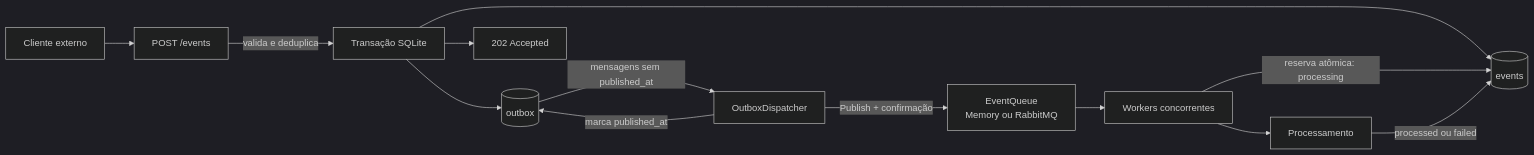
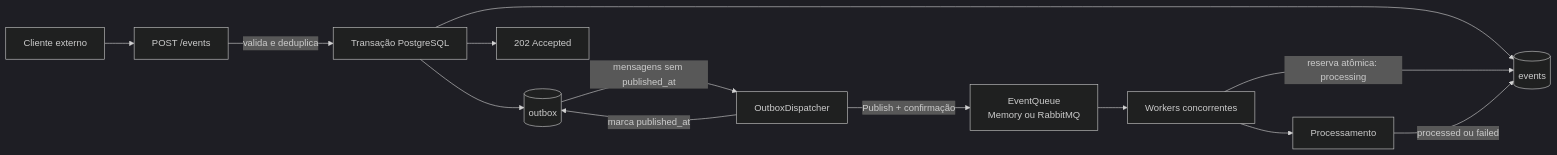
The first of 3 diagrams in docs/architecture.md (rafamguedes/go-webhook-processor), drawn with Mermaid (dark theme) before and after one commit. The commit also changed other lines of this file and 12 other files, not shown here.

First line of the commit message:
feat: migrate from SQLite to PostgreSQL for event storage

````diff
--- a/docs/architecture.md
+++ b/docs/architecture.md
@@ -7,26 +7,26 @@
 ```mermaid
 flowchart LR
     client[Cliente externo]
     handler[POST /events]
-    transaction[Transação SQLite]
+    transaction[Transação PostgreSQL]
     events[(events)]
     outbox[(outbox)]
     accepted[202 Accepted]
     dispatcher[OutboxDispatcher]
     queue[EventQueue<br/>Memory ou RabbitMQ]
     workers[Workers concorrentes]
     processor[Processamento]
 
     client --> handler
     handler -->|valida e deduplica| transaction
     transaction --> events
     transaction --> outbox
     transaction --> accepted
     outbox -->|mensagens sem published_at| dispatcher
     dispatcher -->|Publish + confirmação| queue
     dispatcher -->|marca published_at| outbox
     queue --> workers
     workers -->|reserva atômica: processing| events
     workers --> processor
     processor -->|processed ou failed| events
 ```
````
